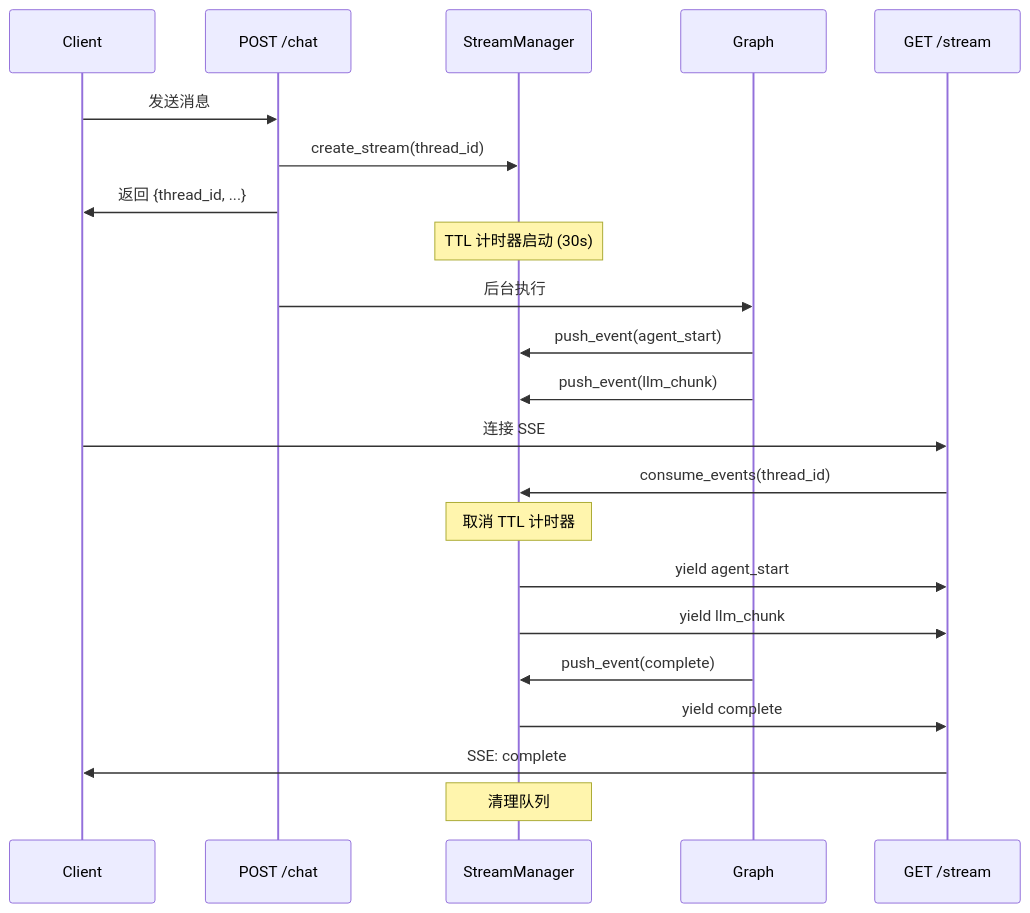
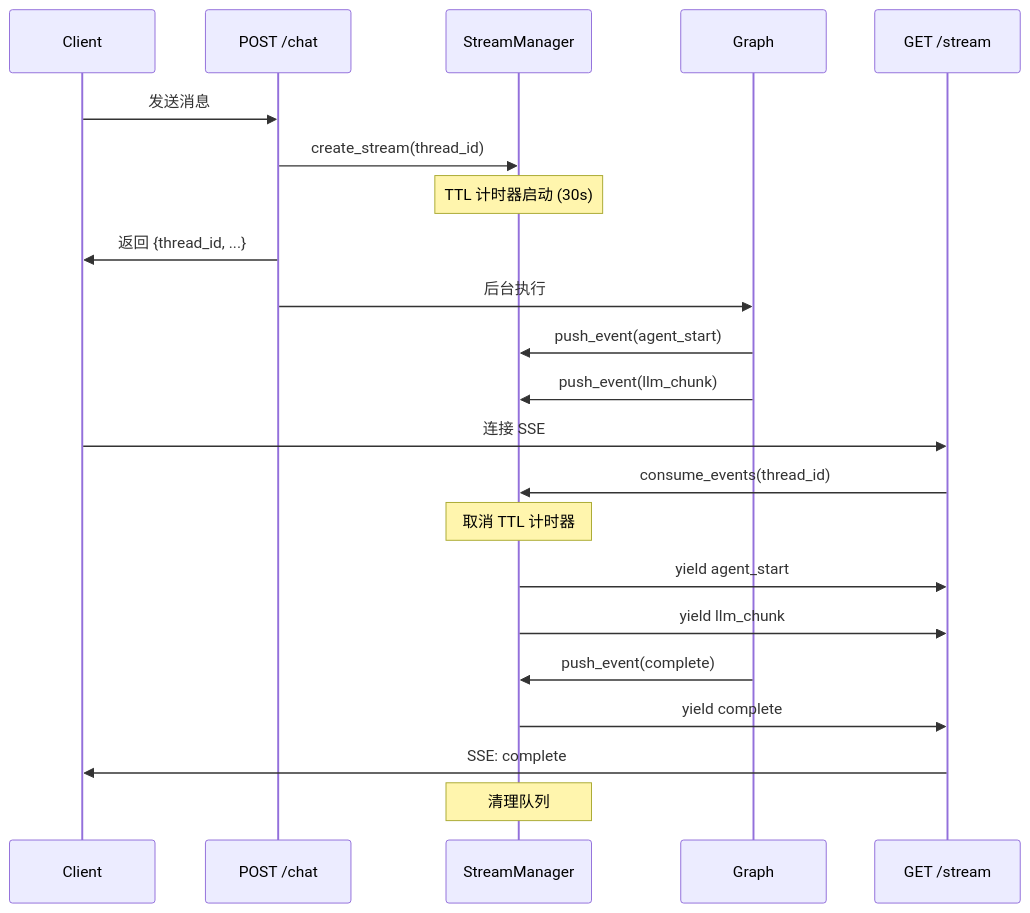
One commit to Neutrino1998/artifact-flow changed the third of 3 diagrams in docs/streaming.md. Above: the diagram before and after it, drawn with Mermaid. The commit also changed 1 other file, not shown here.

Commit message:
fix: fix discrepancy

````diff
--- a/docs/streaming.md
+++ b/docs/streaming.md
@@ -166,30 +166,29 @@
 ```mermaid
 sequenceDiagram
     participant Client
     participant POST /chat
     participant StreamManager
     participant Graph
     participant GET /stream
 
     Client->>POST /chat: 发送消息
     POST /chat->>StreamManager: create_stream(thread_id)
+    Note over StreamManager: TTL 计时器启动 (30s)
     POST /chat->>Client: 返回 {thread_id, ...}
-
-    Note over StreamManager: TTL 计时器启动 (30s)
 
     POST /chat->>Graph: 后台执行
     Graph->>StreamManager: push_event(agent_start)
     Graph->>StreamManager: push_event(llm_chunk)
 
     Client->>GET /stream: 连接 SSE
     GET /stream->>StreamManager: consume_events(thread_id)
     Note over StreamManager: 取消 TTL 计时器
 
     StreamManager->>GET /stream: yield agent_start
     StreamManager->>GET /stream: yield llm_chunk
 
     Graph->>StreamManager: push_event(complete)
     StreamManager->>GET /stream: yield complete
     GET /stream->>Client: SSE: complete
     Note over StreamManager: 清理队列
 ```
````
